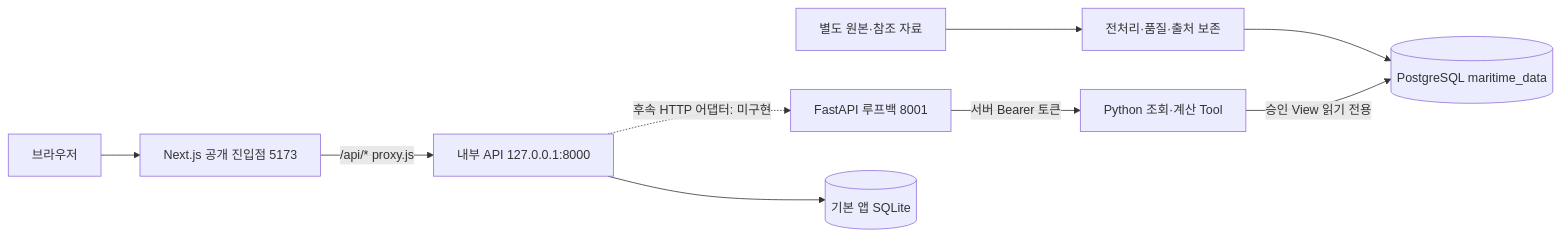
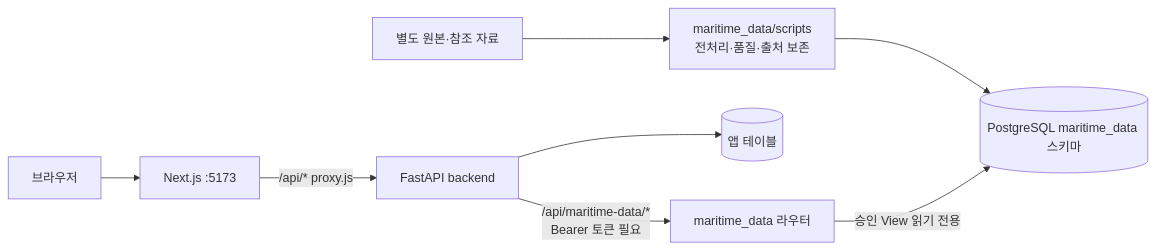
One commit to JongmuLee/sea-the-answer changed the third of 3 diagrams in docs/architecture.md. Above: the diagram before and after it, drawn with Mermaid. The commit also changed other lines of this file and 15 other files, not shown here.

````diff
--- a/docs/architecture.md
+++ b/docs/architecture.md
@@ -150,11 +151,10 @@
 ```mermaid
 flowchart LR
-  R[별도 원본·참조 자료] --> P[전처리·품질·출처 보존]
-  P --> DB[(PostgreSQL maritime_data)]
-  T[Python 조회·계산 Tool] -->|승인 View 읽기 전용| DB
-  F[FastAPI 루프백 8001] -->|서버 Bearer 토큰| T
-  B[브라우저] --> N[Next.js 공개 진입점 5173]
-  N -->|/api/* proxy.js| G[내부 API 127.0.0.1:8000]
-  G --> S[(기본 앱 SQLite)]
-  G -.->|후속 HTTP 어댑터: 미구현| F
+  R[별도 원본·참조 자료] --> P[maritime_data/scripts<br/>전처리·품질·출처 보존]
+  P --> DB[(PostgreSQL maritime_data 스키마)]
+  B[브라우저] --> N[Next.js :5173]
+  N -->|/api/* proxy.js| G[FastAPI backend]
+  G --> S[(앱 테이블)]
+  G -->|/api/maritime-data/*<br/>Bearer 토큰 필요| T[maritime_data 라우터]
+  T -->|승인 View 읽기 전용| DB
 ```
````
